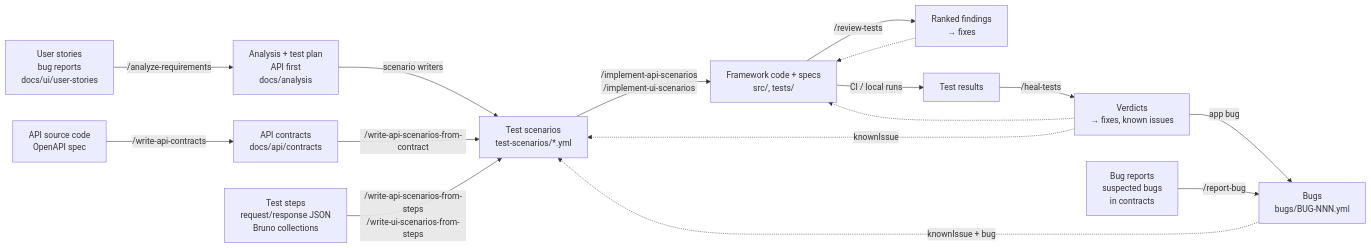
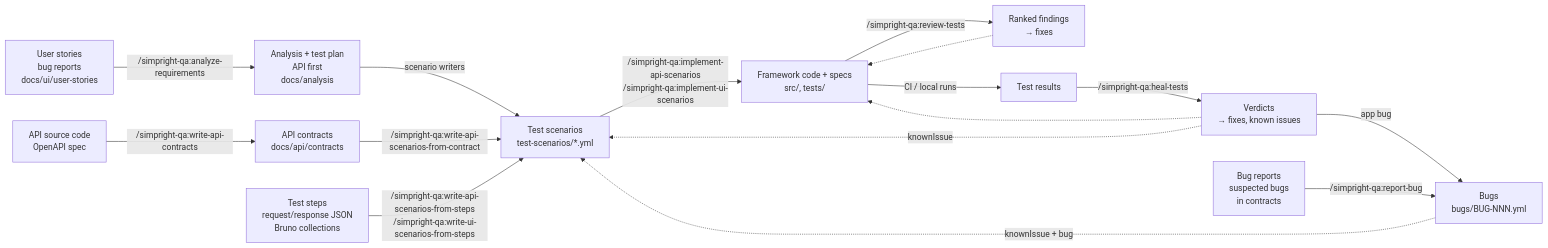
The diagram in docs/AI_WORKFLOW.md (Zaytsman/SimpRight), drawn with Mermaid before and after one commit. The commit also changed other lines of this file and 47 other files, not shown here.

````diff
--- a/docs/AI_WORKFLOW.md
+++ b/docs/AI_WORKFLOW.md
@@ -14,18 +14,18 @@
 ```mermaid
 flowchart LR
-    src[API source code<br/>OpenAPI spec] -->|/write-api-contracts| contracts[API contracts<br/>docs/api/contracts]
-    stories[User stories<br/>bug reports<br/>docs/ui/user-stories] -->|/analyze-requirements| analysis[Analysis + test plan<br/>API first<br/>docs/analysis]
+    src[API source code<br/>OpenAPI spec] -->|/simpright-qa:write-api-contracts| contracts[API contracts<br/>docs/api/contracts]
+    stories[User stories<br/>bug reports<br/>docs/ui/user-stories] -->|/simpright-qa:analyze-requirements| analysis[Analysis + test plan<br/>API first<br/>docs/analysis]
     analysis -->|scenario writers| scenarios
-    contracts -->|/write-api-scenarios-from-contract| scenarios[Test scenarios<br/>test-scenarios/*.yml]
-    steps[Test steps<br/>request/response JSON<br/>Bruno collections] -->|/write-api-scenarios-from-steps<br/>/write-ui-scenarios-from-steps| scenarios
-    scenarios -->|/implement-api-scenarios<br/>/implement-ui-scenarios| specs[Framework code + specs<br/>src/, tests/]
-    specs -->|/review-tests| review[Ranked findings<br/>→ fixes]
+    contracts -->|/simpright-qa:write-api-scenarios-from-contract| scenarios[Test scenarios<br/>test-scenarios/*.yml]
+    steps[Test steps<br/>request/response JSON<br/>Bruno collections] -->|/simpright-qa:write-api-scenarios-from-steps<br/>/simpright-qa:write-ui-scenarios-from-steps| scenarios
+    scenarios -->|/simpright-qa:implement-api-scenarios<br/>/simpright-qa:implement-ui-scenarios| specs[Framework code + specs<br/>src/, tests/]
+    specs -->|/simpright-qa:review-tests| review[Ranked findings<br/>→ fixes]
     specs -->|CI / local runs| runs[Test results]
-    runs -->|/heal-tests| heal[Verdicts<br/>→ fixes, known issues]
+    runs -->|/simpright-qa:heal-tests| heal[Verdicts<br/>→ fixes, known issues]
     review -.-> specs
     heal -.-> specs
     heal -.->|knownIssue| scenarios
     heal -->|app bug| bugrep
-    reports[Bug reports<br/>suspected bugs<br/>in contracts] -->|/report-bug| bugrep[Bugs<br/>bugs/BUG-NNN.yml]
+    reports[Bug reports<br/>suspected bugs<br/>in contracts] -->|/simpright-qa:report-bug| bugrep[Bugs<br/>bugs/BUG-NNN.yml]
     bugrep -.->|knownIssue + bug| scenarios
 ```
````
